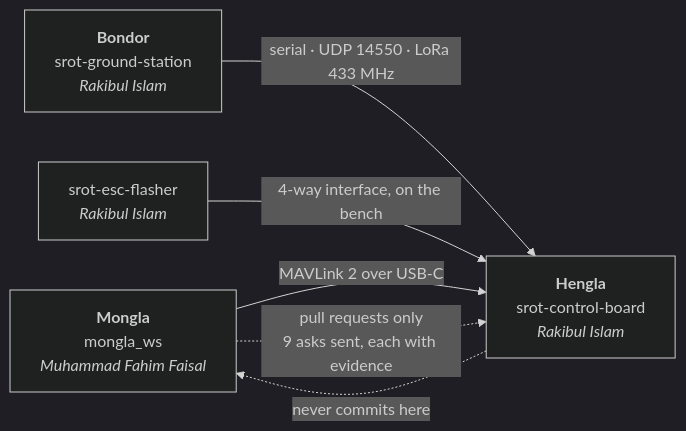
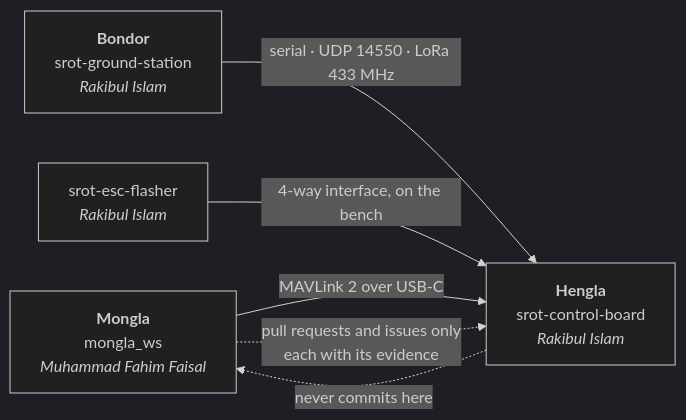
One commit to fh1m/mongla_ws changed the third of 10 diagrams in README.md. Above: the diagram before and after it, drawn with Mermaid (dark theme). The commit also changed other lines of this file and 672 other files, not shown here.

````diff
--- a/README.md
+++ b/README.md
@@ -193,12 +190,12 @@
 ```mermaid
 flowchart LR
     M["<b>Mongla</b><br/>mongla_ws<br/><i>Muhammad Fahim Faisal</i>"]
     H["<b>Hengla</b><br/>srot-control-board<br/><i>Rakibul Islam</i>"]
     B["<b>Bondor</b><br/>srot-ground-station<br/><i>Rakibul Islam</i>"]
     F["srot-esc-flasher<br/><i>Rakibul Islam</i>"]
     M -->|"MAVLink 2 over USB-C"| H
     B -->|"serial · UDP 14550 · LoRa 433 MHz"| H
     F -->|"4-way interface, on the bench"| H
-    M -.->|"pull requests only<br/>9 asks sent, each with evidence"| H
+    M -.->|"pull requests and issues only<br/>each with its evidence"| H
     H -.->|"never commits here"| M
 ```
````
